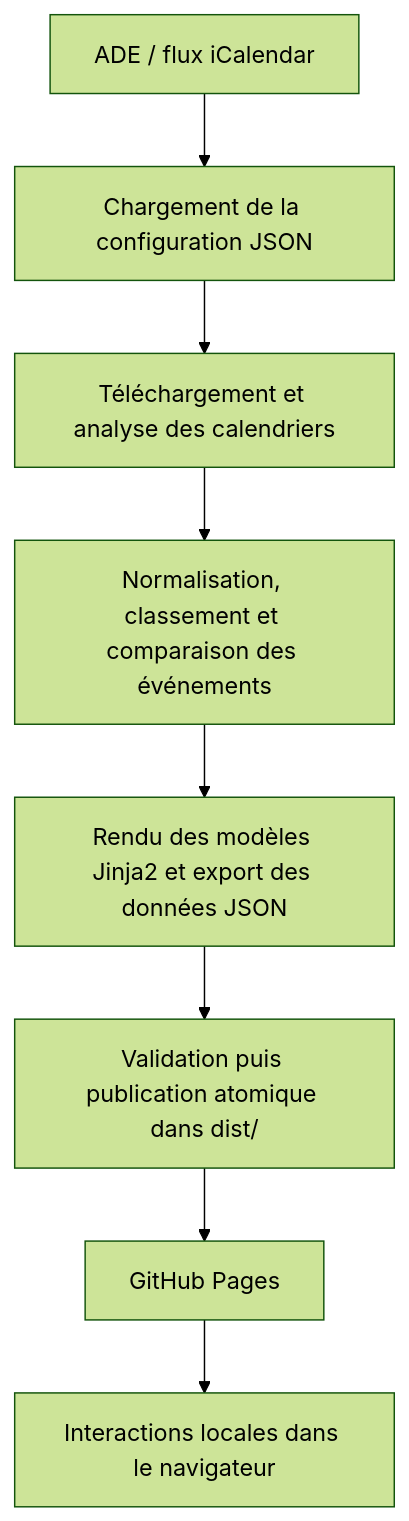
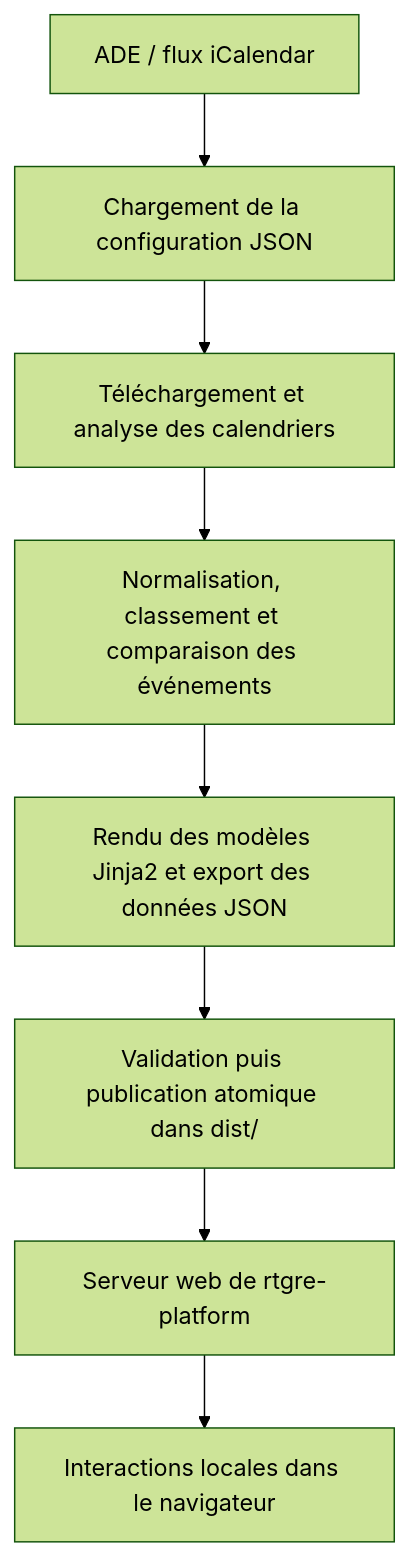
Before and after one commit to kzsxwsjuldvcbsqt/rtgre: the first of 2 diagrams in README.md, drawn with Mermaid (forest theme). The commit also changed other lines of this file, not shown here.

````diff
--- a/README.md
+++ b/README.md
@@ -100,10 +100,10 @@
 ```mermaid
 flowchart TD
     A[ADE / flux iCalendar] --> B[Chargement de la configuration JSON]
     B --> C[Téléchargement et analyse des calendriers]
     C --> D[Normalisation, classement et comparaison des événements]
     D --> E[Rendu des modèles Jinja2 et export des données JSON]
     E --> F[Validation puis publication atomique dans dist/]
-    F --> G[GitHub Pages]
+    F --> G[Serveur web de rtgre-platform]
     G --> H[Interactions locales dans le navigateur]
 ```
````
